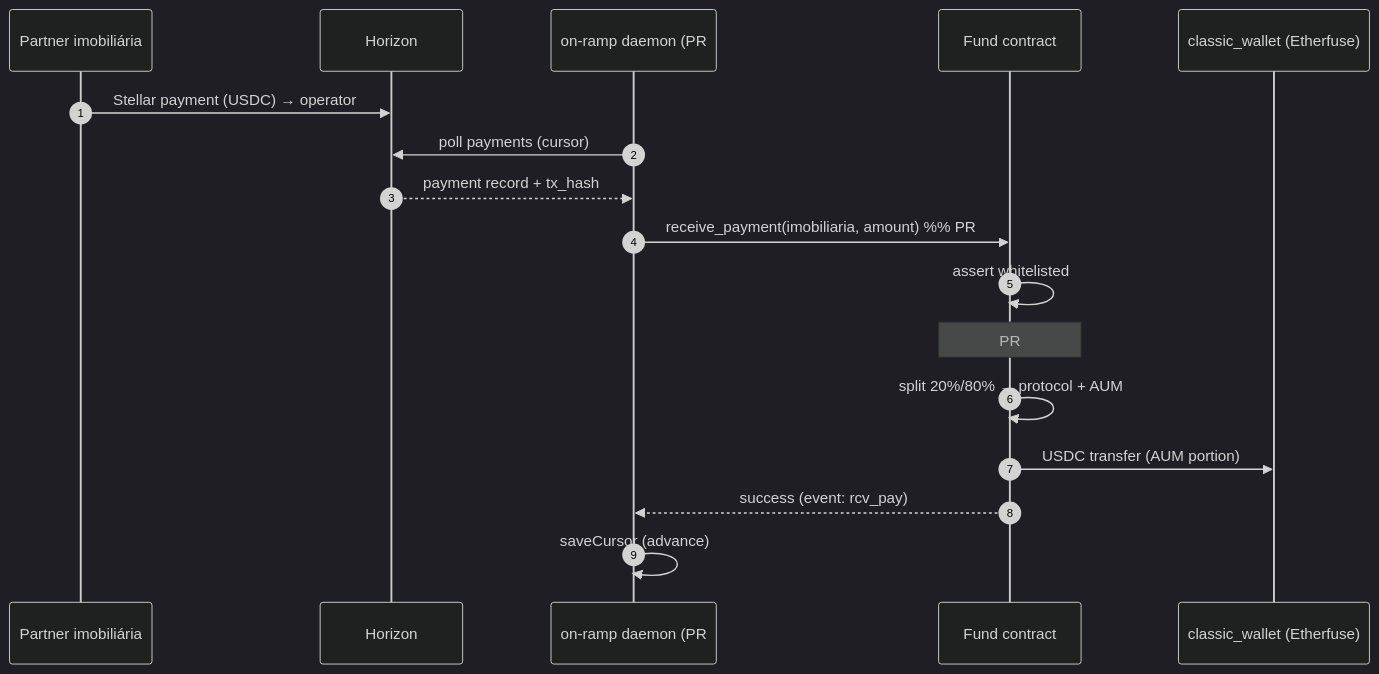
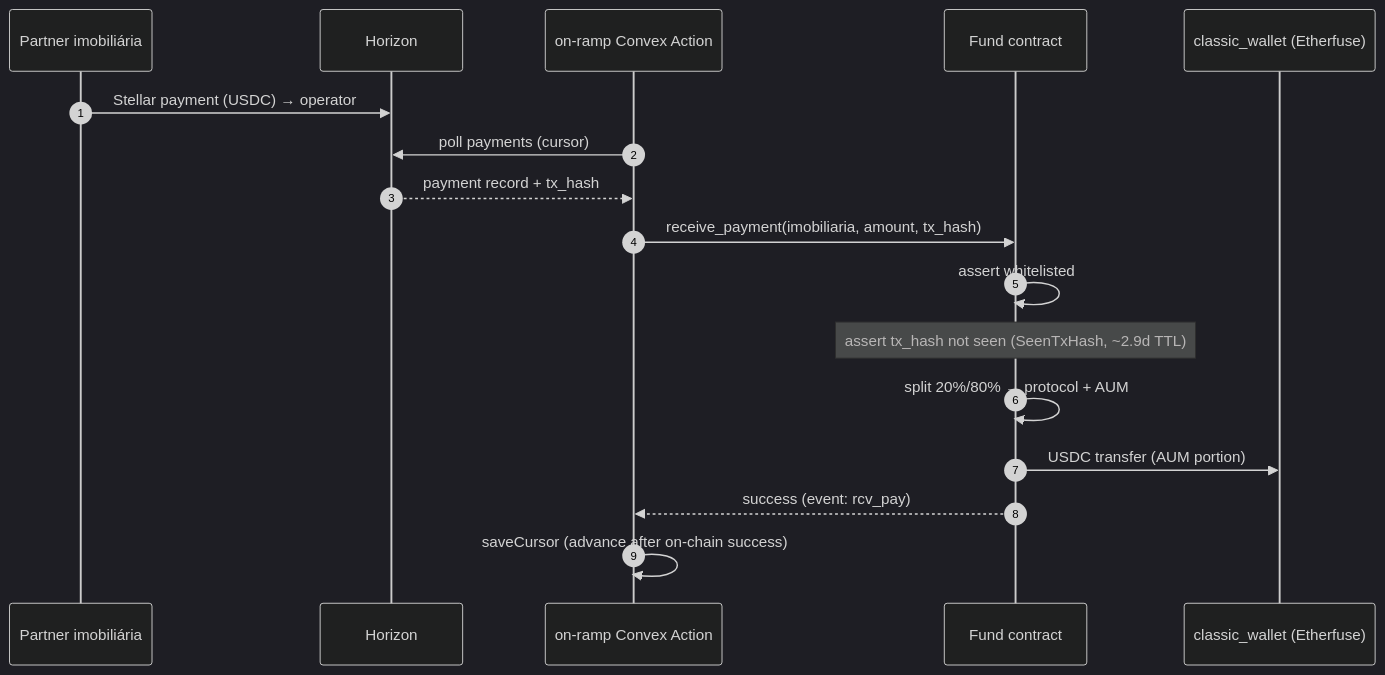
One commit to mutav-finance/mutav-stellar changed the first of 7 diagrams in docs/architecture/06-canonical-flows.md. Above: the diagram before and after it, drawn with Mermaid (dark theme). The commit also changed other lines of this file and 12 other files, not shown here.

First line of the commit message:
docs: consolidate target architecture per #57 (#58)

````diff
--- a/docs/architecture/06-canonical-flows.md
+++ b/docs/architecture/06-canonical-flows.md
@@ -11,20 +11,20 @@
 ```mermaid
 sequenceDiagram
     autonumber
     participant P as Partner imobiliária
     participant H as Horizon
-    participant D as on-ramp daemon (PR #22)
+    participant A as on-ramp Convex Action
     participant F as Fund contract
     participant CW as classic_wallet (Etherfuse)
 
     P->>H: Stellar payment (USDC) → operator
-    D->>H: poll payments (cursor)
-    H-->>D: payment record + tx_hash
-    D->>F: receive_payment(imobiliaria, amount) %% PR #22 adds tx_hash arg %%
+    A->>H: poll payments (cursor)
+    H-->>A: payment record + tx_hash
+    A->>F: receive_payment(imobiliaria, amount, tx_hash)
     F->>F: assert whitelisted
-    Note over F: PR #22: also assert tx_hash not seen
+    Note over F: assert tx_hash not seen (SeenTxHash, ~2.9d TTL)
     F->>F: split 20%/80% → protocol + AUM
     F->>CW: USDC transfer (AUM portion)
-    F-->>D: success (event: rcv_pay)
-    D->>D: saveCursor (advance)
+    F-->>A: success (event: rcv_pay)
+    A->>A: saveCursor (advance after on-chain success)
 ```
````
